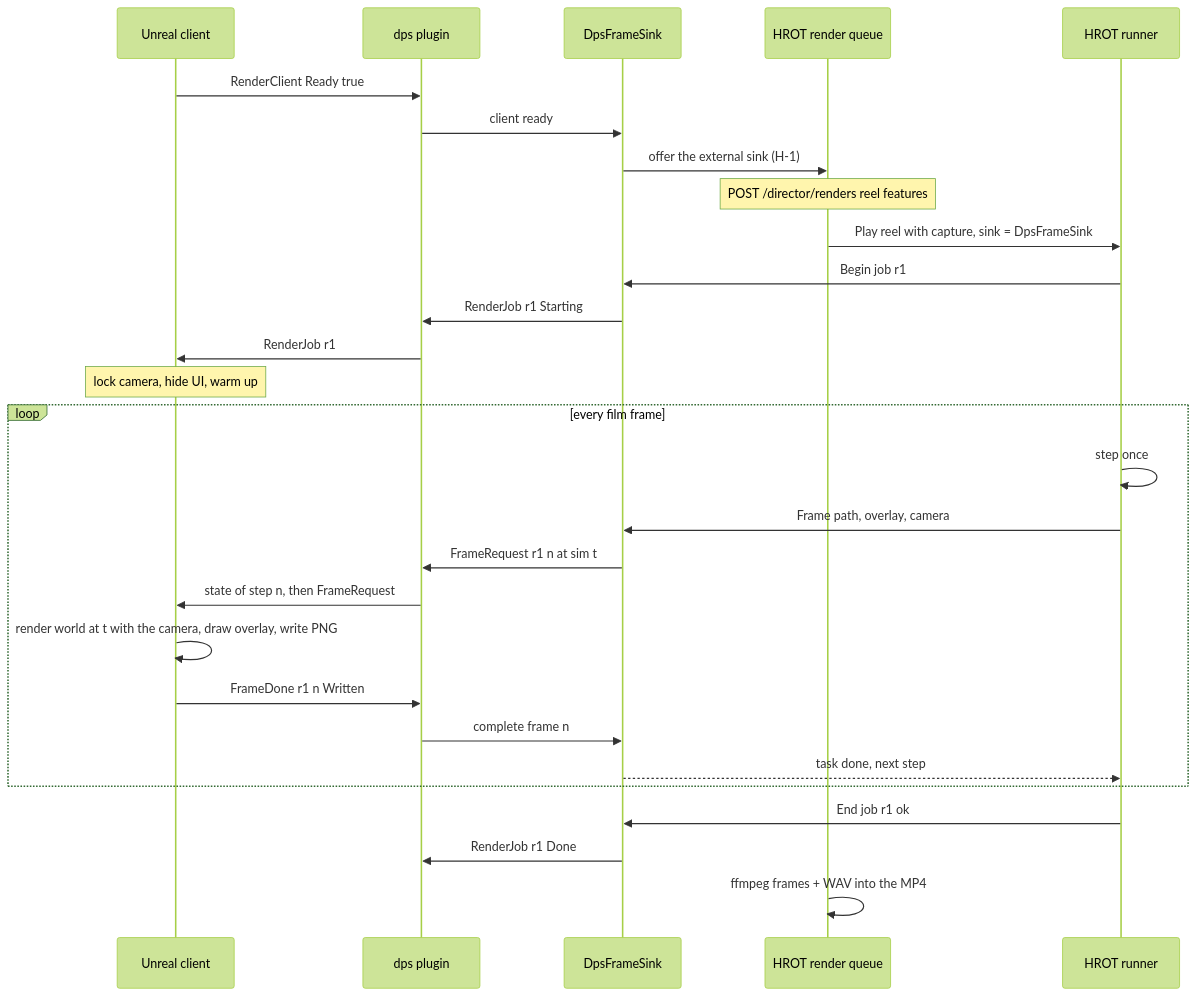
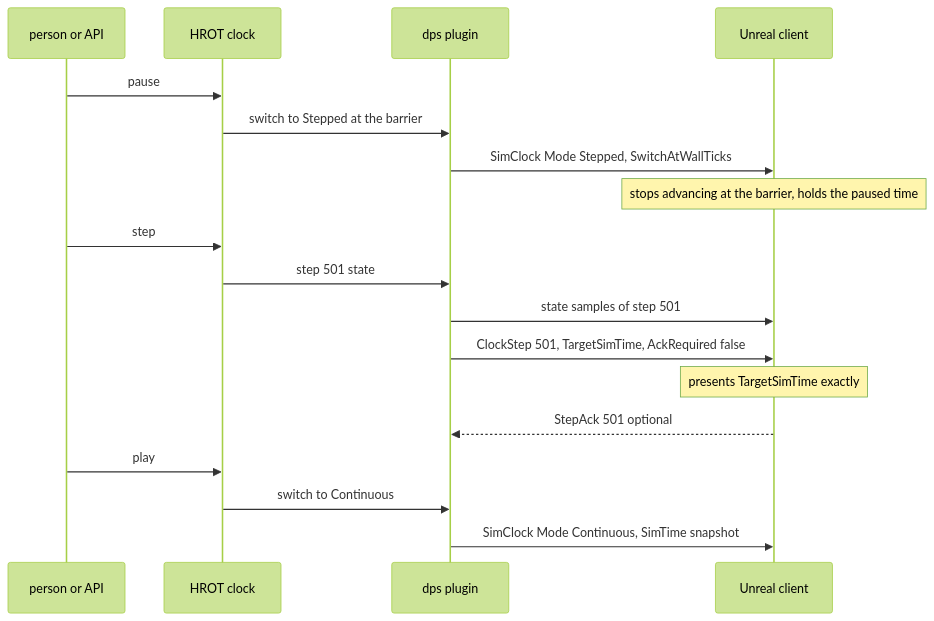
The fourth of 6 diagrams in docs/design/DD-022-Dps-Director-Rendering.md (pjanec/SimNetGateway), drawn with Mermaid (forest theme) before and after one commit. The commit also changed other lines of this file and 3 other files, not shown here.

First line of the commit message:
T-039: DD-022 revised - DPS time sync and stepping by HROT's conventions, the camera dead-reckoned, the audio track from the renderer

````diff
--- a/docs/design/DD-022-Dps-Director-Rendering.md
+++ b/docs/design/DD-022-Dps-Director-Rendering.md
@@ -230,30 +333,20 @@
 ```mermaid
 sequenceDiagram
+    participant P as person or API
+    participant H as HROT clock
+    participant G as dps plugin
     participant U as Unreal client
-    participant G as dps plugin
-    participant S as DpsFrameSink
-    participant Q as HROT render queue
-    participant R as HROT runner
-    U->>G: RenderClient Ready true
-    G->>S: client ready
-    S->>Q: offer the external sink (H-1)
-    Note over Q: POST /director/renders reel features
-    Q->>R: Play reel with capture, sink = DpsFrameSink
-    R->>S: Begin job r1
-    S->>G: RenderJob r1 Starting
-    G->>U: RenderJob r1
-    Note over U: lock camera, hide UI, warm up
-    loop every film frame
-        R->>R: step once
-        R->>S: Frame path, overlay, camera
-        S->>G: FrameRequest r1 n at sim t
-        G->>U: state of step n, then FrameRequest
-        U->>U: render world at t with the camera, draw overlay, write PNG
-        U->>G: FrameDone r1 n Written
-        G->>S: complete frame n
-        S-->>R: task done, next step
-    end
-    R->>S: End job r1 ok
-    S->>G: RenderJob r1 Done
-    Q->>Q: ffmpeg frames + WAV into the MP4
+    P->>H: pause
+    H->>G: switch to Stepped at the barrier
+    G->>U: SimClock Mode Stepped, SwitchAtWallTicks
+    Note over U: stops advancing at the barrier, holds the paused time
+    P->>H: step
+    H->>G: step 501 state
+    G->>U: state samples of step 501
+    G->>U: ClockStep 501, TargetSimTime, AckRequired false
+    Note over U: presents TargetSimTime exactly
+    U-->>G: StepAck 501 optional
+    P->>H: play
+    H->>G: switch to Continuous
+    G->>U: SimClock Mode Continuous, SimTime snapshot
 ```
````
